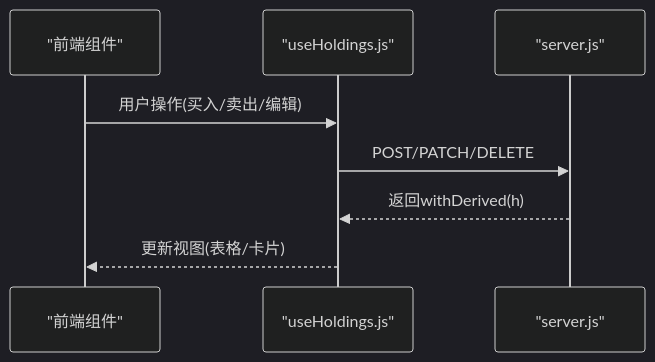
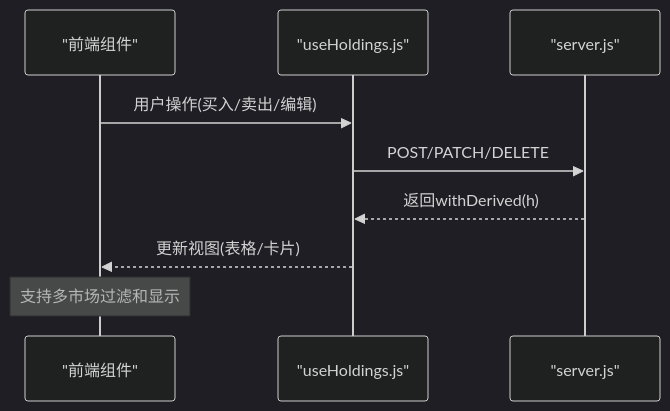
The tenth of 11 diagrams in .qoder/repowiki/zh/content/数据存储/数据模型设计.md (salenju/stock-advisor), drawn with Mermaid (dark theme) before and after one commit. The commit also changed other lines of this file and 5 other files, not shown here.

````diff
--- a/.qoder/repowiki/zh/content/数据存储/数据模型设计.md
+++ b/.qoder/repowiki/zh/content/数据存储/数据模型设计.md
@@ -325,10 +394,11 @@
 ```mermaid
 sequenceDiagram
 participant UI as "前端组件"
 participant UC as "useHoldings.js"
 participant API as "server.js"
 UI->>UC : 用户操作(买入/卖出/编辑)
 UC->>API : POST/PATCH/DELETE
 API-->>UC : 返回withDerived(h)
 UC-->>UI : 更新视图(表格/卡片)
+Note over UI : 支持多市场过滤和显示
 ```
````
